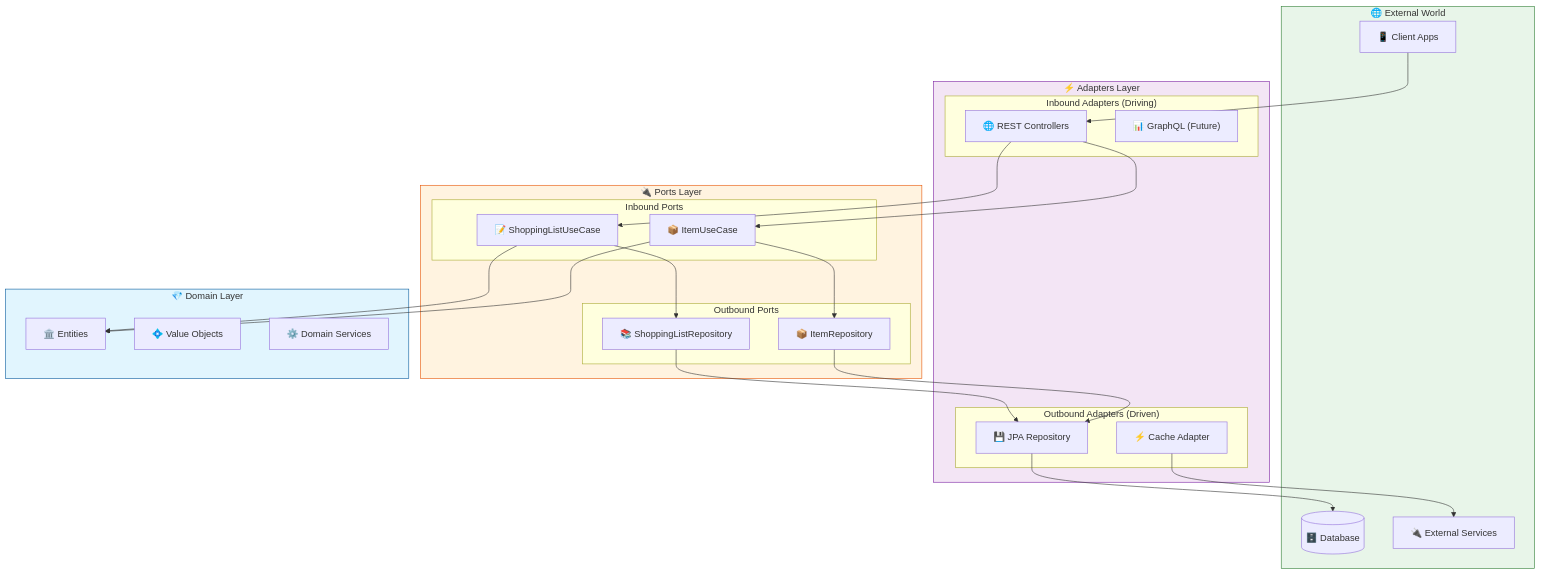
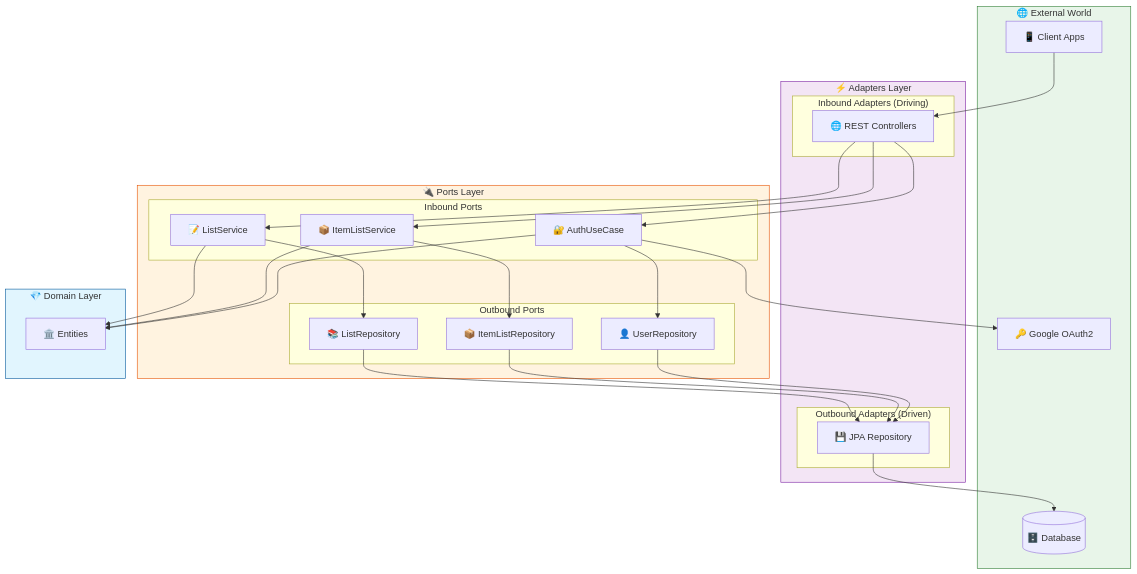
Before and after one commit to tsantanadev/lista-ai: the first of 2 diagrams in README.md, drawn with Mermaid. The commit also changed other lines of this file, not shown here.

Commit message:
Update README with auth, schema, and env var docs

````diff
--- a/README.md
+++ b/README.md
@@ -31,59 +35,61 @@
 ```mermaid
 graph TB
     subgraph External["🌐 External World"]
         Client["📱 Client Apps"]
         DB[(🗄️ Database)]
-        ExtServices["🔌 External Services"]
+        Google["🔑 Google OAuth2"]
     end
 
     subgraph Adapters["⚡ Adapters Layer"]
         subgraph InboundAdapters["Inbound Adapters (Driving)"]
             REST["🌐 REST Controllers"]
-            GraphQL["📊 GraphQL (Future)"]
         end
 
         subgraph OutboundAdapters["Outbound Adapters (Driven)"]
             JPA["💾 JPA Repository"]
-            Cache["⚡ Cache Adapter"]
         end
     end
 
     subgraph Ports["🔌 Ports Layer"]
         subgraph InboundPorts["Inbound Ports"]
-            ShoppingListUC["📝 ShoppingListUseCase"]
-            ItemUC["📦 ItemUseCase"]
+            ShoppingListUC["📝 ListService"]
+            ItemUC["📦 ItemListService"]
+            AuthUC["🔐 AuthUseCase"]
         end
 
         subgraph OutboundPorts["Outbound Ports"]
-            ShoppingListRepo["📚 ShoppingListRepository"]
-            ItemRepo["📦 ItemRepository"]
+            ShoppingListRepo["📚 ListRepository"]
+            ItemRepo["📦 ItemListRepository"]
+            UserRepo["👤 UserRepository"]
         end
     end
 
     subgraph Domain["💎 Domain Layer"]
         Entities["🏛️ Entities"]
-        ValueObjects["💠 Value Objects"]
-        DomainServices["⚙️ Domain Services"]
     end
 
     Client --> REST
     REST --> ShoppingListUC
     REST --> ItemUC
+    REST --> AuthUC
 
     ShoppingListUC --> Entities
     ItemUC --> Entities
+    AuthUC --> Entities
 
     ShoppingListUC --> ShoppingListRepo
     ItemUC --> ItemRepo
+    AuthUC --> UserRepo
 
     ShoppingListRepo --> JPA
     ItemRepo --> JPA
+    UserRepo --> JPA
 
     JPA --> DB
-    Cache --> ExtServices
+    AuthUC --> Google
 
     style Domain fill:#e1f5fe,stroke:#01579b
     style Ports fill:#fff3e0,stroke:#e65100
     style Adapters fill:#f3e5f5,stroke:#7b1fa2
     style External fill:#e8f5e9,stroke:#2e7d32
 ```
````
